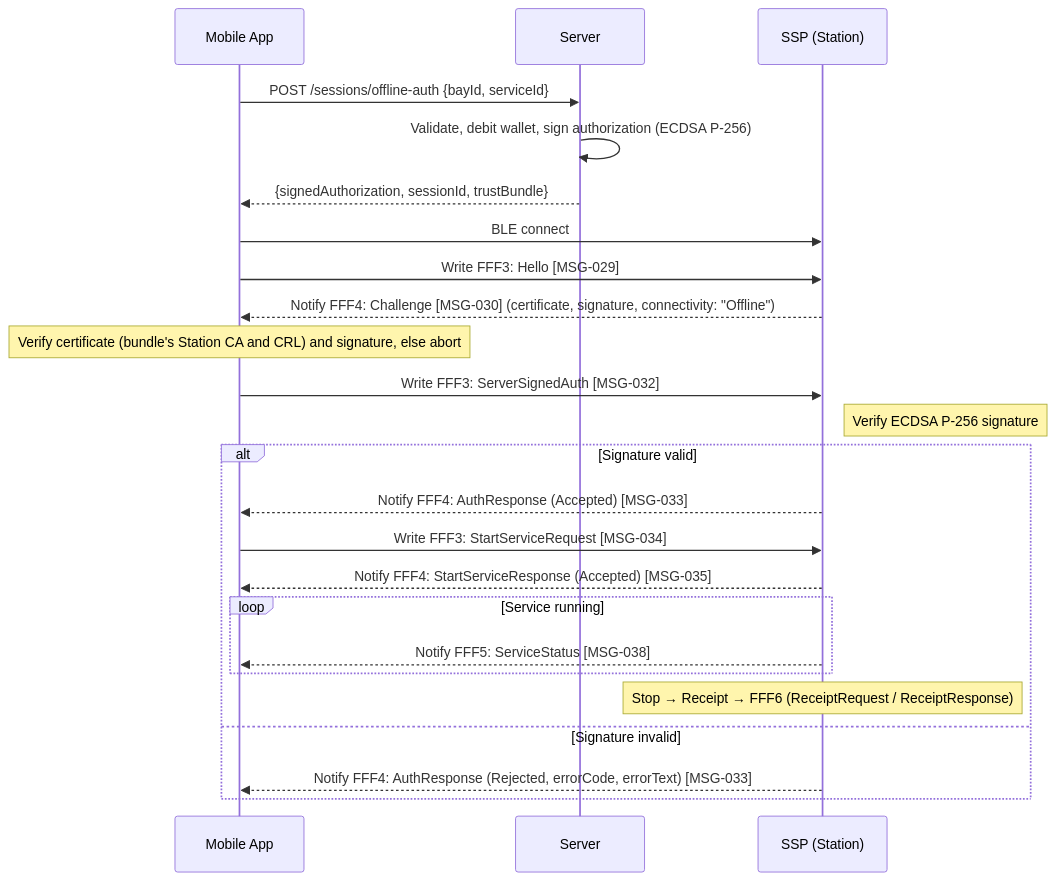
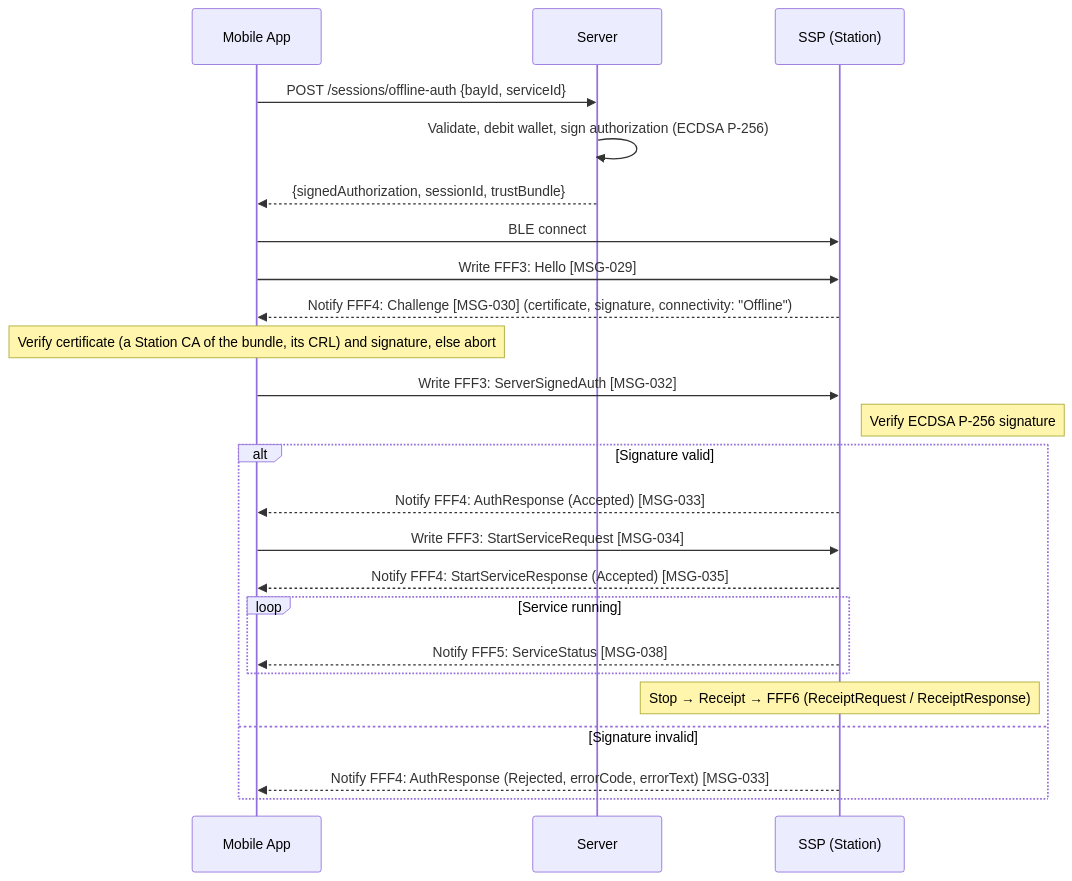
One commit to ospp-org/spec changed the sixth of 19 diagrams in spec/04-flows.md. Above: the diagram before and after it, drawn with Mermaid. The commit also changed other lines of this file and 18 other files, not shown here.

````diff
--- a/spec/04-flows.md
+++ b/spec/04-flows.md
@@ -852,32 +852,32 @@
 ```mermaid
 sequenceDiagram
     participant App as Mobile App
     participant Server
     participant SSP as SSP (Station)
 
     App->>Server: POST /sessions/offline-auth {bayId, serviceId}
     Server->>Server: Validate, debit wallet, sign authorization (ECDSA P-256)
     Server-->>App: {signedAuthorization, sessionId, trustBundle}
 
     App->>SSP: BLE connect
     App->>SSP: Write FFF3: Hello [MSG-029]
     SSP-->>App: Notify FFF4: Challenge [MSG-030] (certificate, signature, connectivity: "Offline")
-    Note over App: Verify certificate (bundle's Station CA and CRL) and signature, else abort
+    Note over App: Verify certificate (a Station CA of the bundle, its CRL) and signature, else abort
 
     App->>SSP: Write FFF3: ServerSignedAuth [MSG-032]
     Note right of SSP: Verify ECDSA P-256 signature
 
     alt Signature valid
         SSP-->>App: Notify FFF4: AuthResponse (Accepted) [MSG-033]
         App->>SSP: Write FFF3: StartServiceRequest [MSG-034]
         SSP-->>App: Notify FFF4: StartServiceResponse (Accepted) [MSG-035]
 
         loop Service running
             SSP-->>App: Notify FFF5: ServiceStatus [MSG-038]
         end
 
         Note over SSP: Stop → Receipt → FFF6 (ReceiptRequest / ReceiptResponse)
     else Signature invalid
         SSP-->>App: Notify FFF4: AuthResponse (Rejected, errorCode, errorText) [MSG-033]
     end
 ```
````
